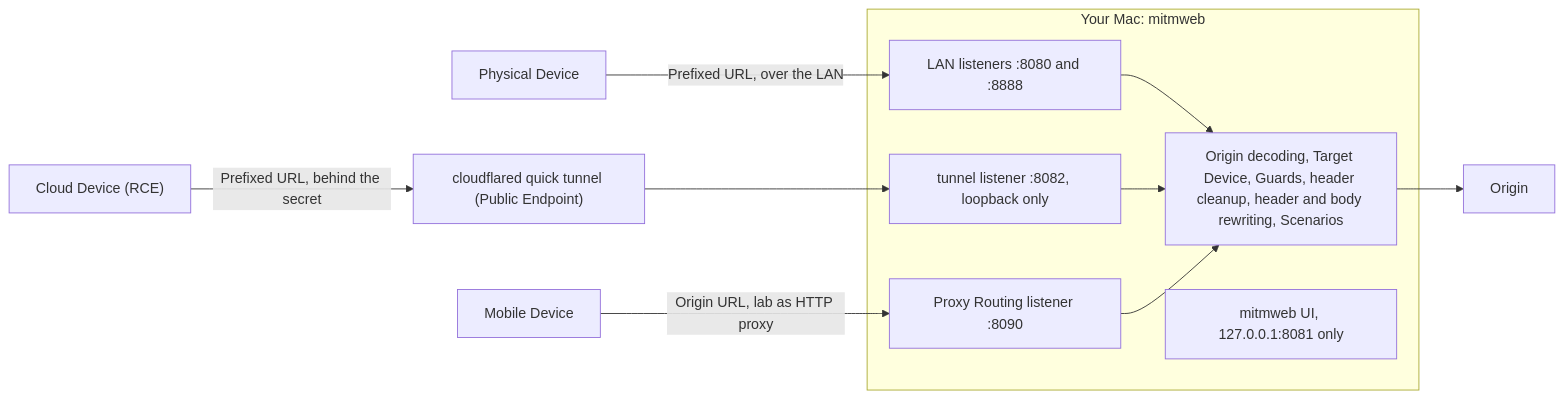
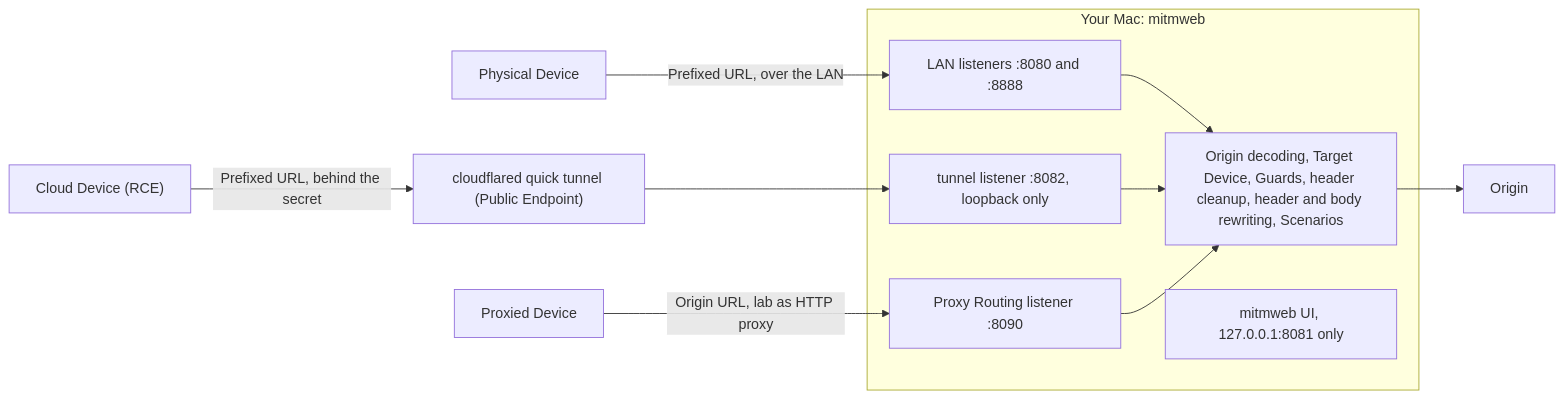
Before and after one commit to oscarsanchez/roxy: the diagram in README.md, drawn with Mermaid. The commit also changed other lines of this file and 11 other files, not shown here.

First line of the commit message:
docs: Mobile Devices becomes Proxied Devices

````diff
--- a/README.md
+++ b/README.md
@@ -18,18 +18,18 @@
 ```mermaid
 flowchart LR
   PD["Physical Device"] -- "Prefixed URL, over the LAN" --> LAN
   CD["Cloud Device (RCE)"] -- "Prefixed URL, behind the secret" --> CF["cloudflared quick tunnel (Public Endpoint)"]
-  MD["Mobile Device"] -- "Origin URL, lab as HTTP proxy" --> PR
+  MD["Proxied Device"] -- "Origin URL, lab as HTTP proxy" --> PR
   CF --> TUN
   subgraph Mac["Your Mac: mitmweb"]
     LAN["LAN listeners :8080 and :8888"]
     TUN["tunnel listener :8082, loopback only"]
     PR["Proxy Routing listener :8090"]
     CHAIN["Origin decoding, Target Device, Guards, header cleanup, header and body rewriting, Scenarios"]
     UI["mitmweb UI, 127.0.0.1:8081 only"]
     LAN --> CHAIN
     TUN --> CHAIN
     PR --> CHAIN
   end
   CHAIN --> O["Origin"]
 ```
````
